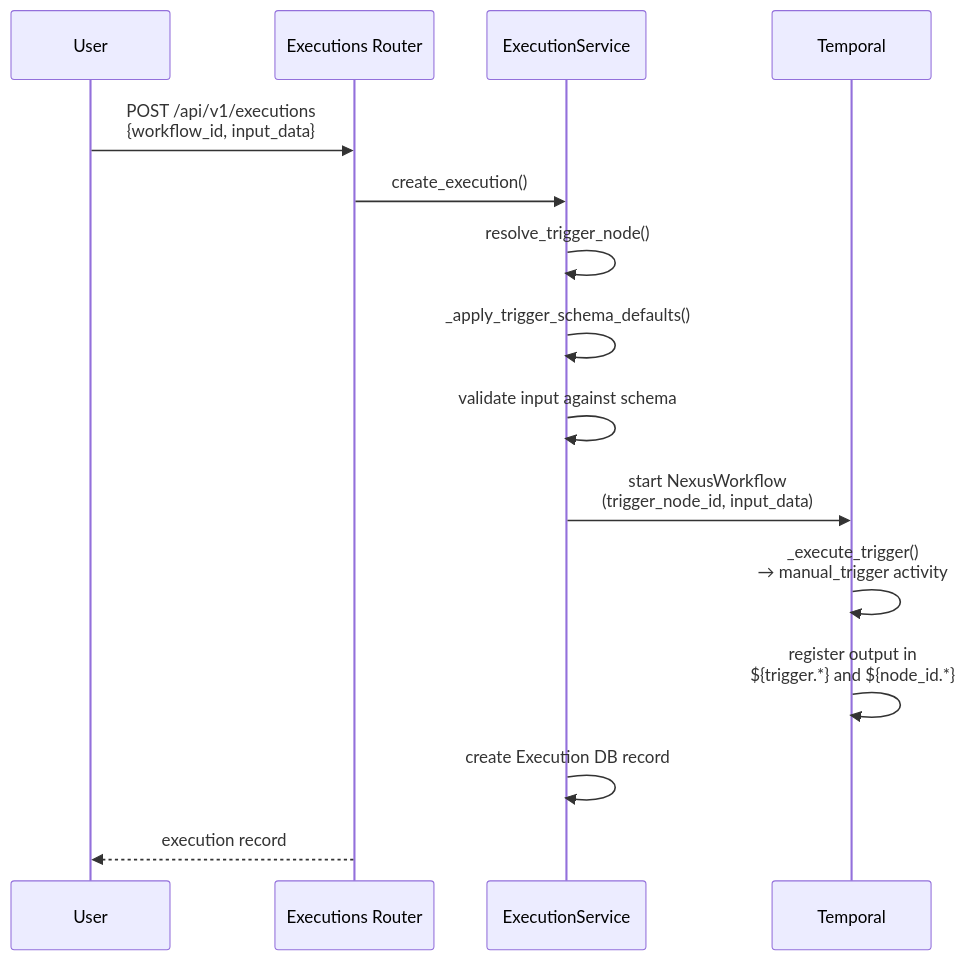
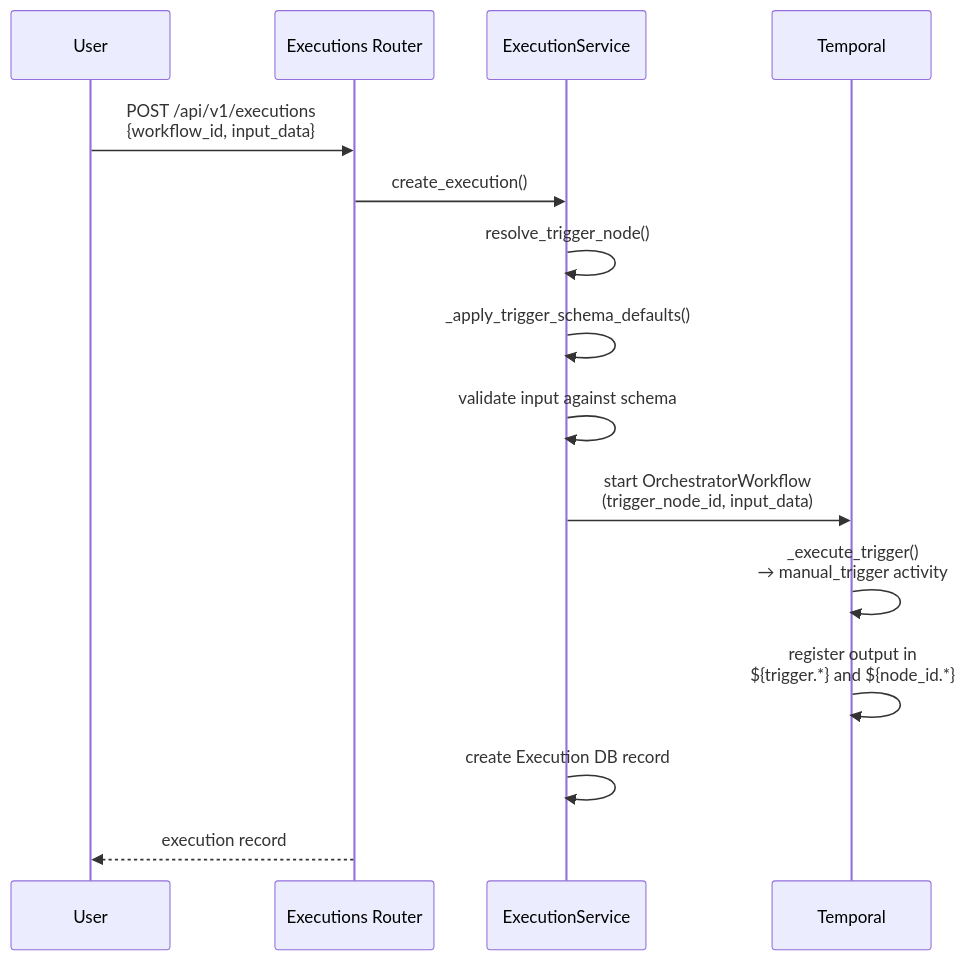
One commit to alinabuzachis/syntara changed the diagram in backend/docs/workflow-engine/triggers/manual-trigger.md. Above: the diagram before and after it, drawn with Mermaid. The commit also changed 341 other files, not shown here.

````diff
--- a/backend/docs/workflow-engine/triggers/manual-trigger.md
+++ b/backend/docs/workflow-engine/triggers/manual-trigger.md
@@ -9,18 +9,18 @@
 ```mermaid
 sequenceDiagram
     participant User
     participant API as Executions Router
     participant ES as ExecutionService
     participant Temporal
 
     User->>API: POST /api/v1/executions<br/>{workflow_id, input_data}
     API->>ES: create_execution()
     ES->>ES: resolve_trigger_node()
     ES->>ES: _apply_trigger_schema_defaults()
     ES->>ES: validate input against schema
-    ES->>Temporal: start NexusWorkflow<br/>(trigger_node_id, input_data)
+    ES->>Temporal: start OrchestratorWorkflow<br/>(trigger_node_id, input_data)
     Temporal->>Temporal: _execute_trigger()<br/>→ manual_trigger activity
     Temporal->>Temporal: register output in<br/>${trigger.*} and ${node_id.*}
     ES->>ES: create Execution DB record
     API-->>User: execution record
 ```
````
